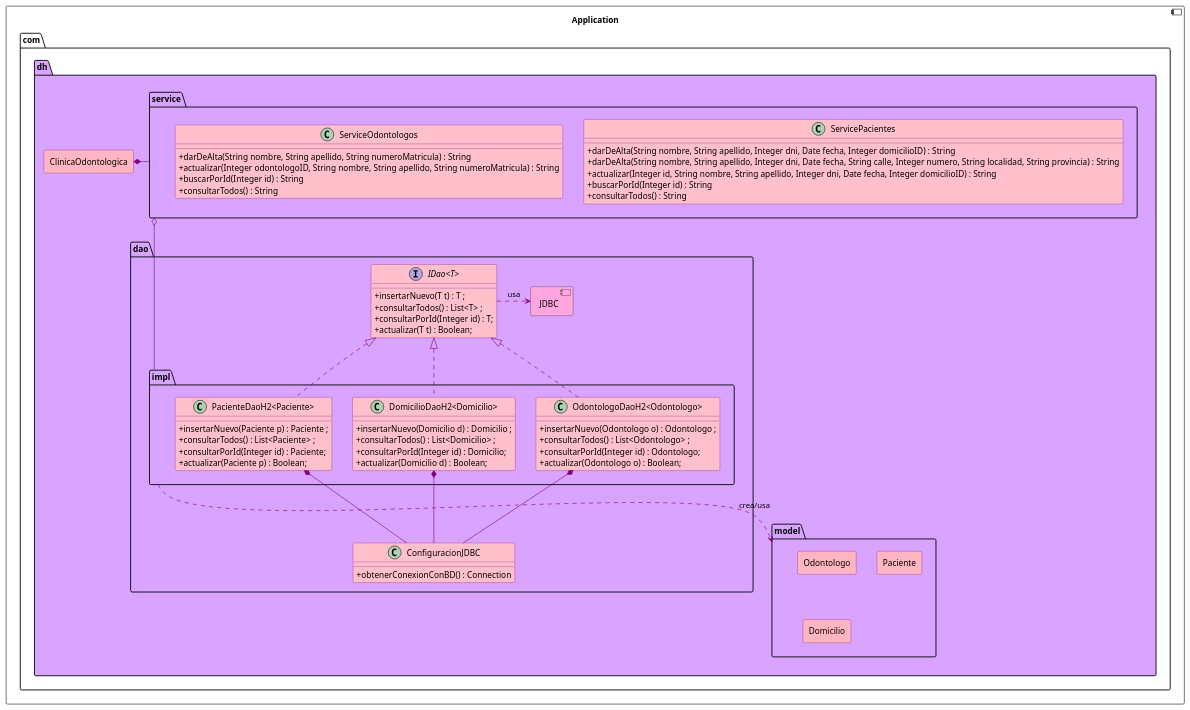
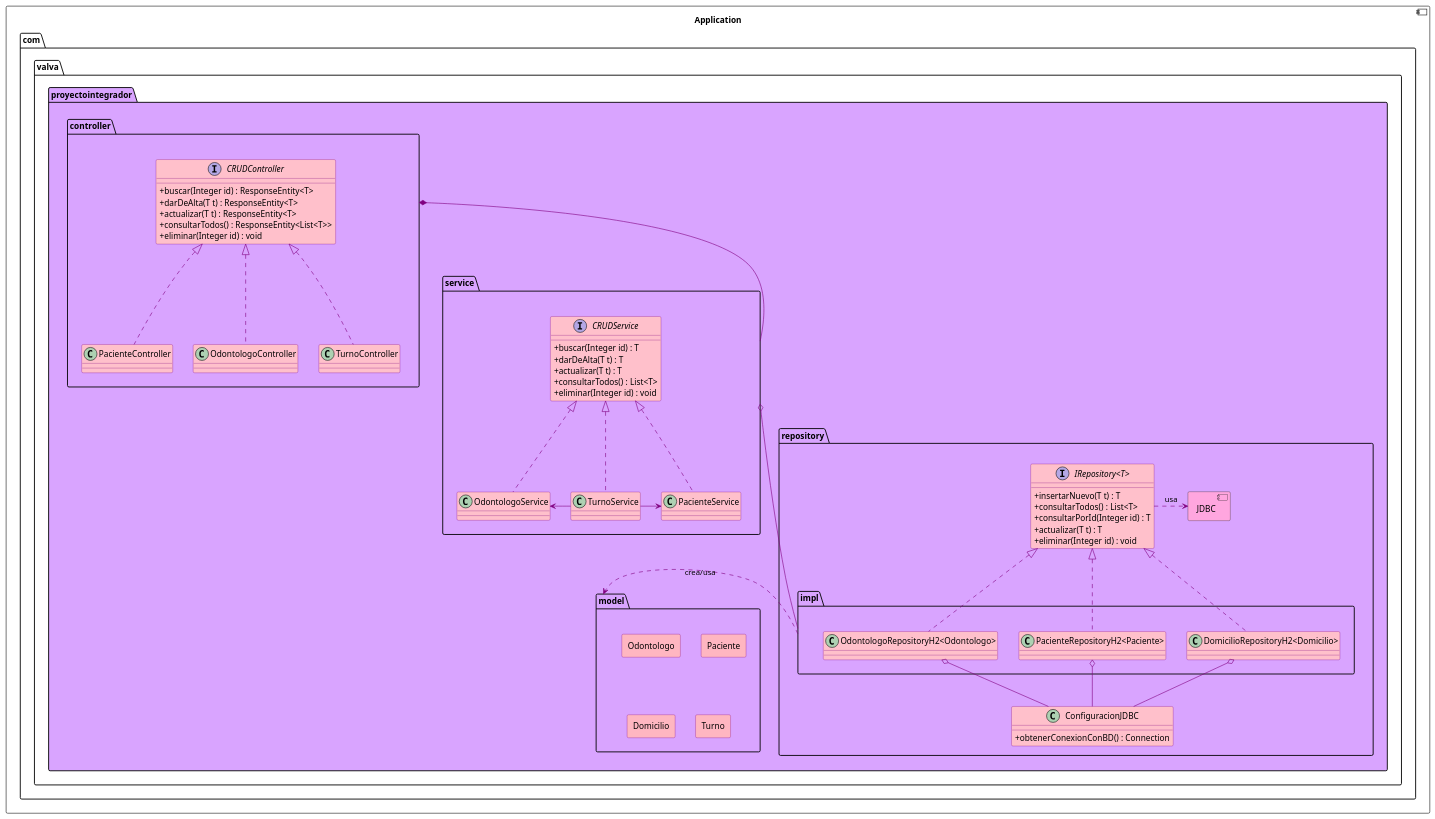
One commit to valva-ro/CTD-BE1-proyecto-integrador changed the diagram in diagrama-de-clase.puml. Above: the diagram before and after it, drawn with PlantUML. The commit also changed 2 other files, not shown here.

Commit message:
update class diagram

```diff
--- a/diagrama-de-clase.puml
+++ b/diagrama-de-clase.puml
@@ -1,106 +1,105 @@
 @startuml
 allowmixing
 
 skinparam database {
     BorderColor pink
     BackgroundColor purple
     ArrowColor purple
     FontColor pink
 }
 
 skinparam rectangle {
     BorderColor purple
     BackgroundColor lightpink
     ArrowColor purple
 }
 
 skinparam class {
     BorderColor purple
     BackgroundColor pink
     ArrowColor purple
     AttributeIconSize 0
 }
 
 skinparam note {
     BorderColor darkslateblue
     BackgroundColor #90c0f0
     FontColor darkslateblue
 }
 
 component Application {
-    package com.dh #d9a4ff {
+    package com.valva.proyectointegrador #d9a4ff {
 
-        package dao {
-            interface "IDao<T>"{
-                + insertarNuevo(T t) : T ;
-                + consultarTodos() : List<T> ;
-                + consultarPorId(Integer id) : T;
-                + actualizar(T t) : Boolean;
+        package repository {
+            interface "IRepository<T>"{
+                + insertarNuevo(T t) : T
+                + consultarTodos() : List<T>
+                + consultarPorId(Integer id) : T
+                + actualizar(T t) : T
+                + eliminar(Integer id) : void
             }
 
             package impl {
-                class "OdontologoDaoH2<Odontologo>" {
-                    + insertarNuevo(Odontologo o) : Odontologo ;
-                    + consultarTodos() : List<Odontologo> ;
-                    + consultarPorId(Integer id) : Odontologo;
-                    + actualizar(Odontologo o) : Boolean;
-                }
-
-                class "PacienteDaoH2<Paciente>" {
-                    + insertarNuevo(Paciente p) : Paciente ;
-                    + consultarTodos() : List<Paciente> ;
-                    + consultarPorId(Integer id) : Paciente;
-                    + actualizar(Paciente p) : Boolean;
-                }
-
-                class "DomicilioDaoH2<Domicilio>" {
-                    + insertarNuevo(Domicilio d) : Domicilio ;
-                    + consultarTodos() : List<Domicilio> ;
-                    + consultarPorId(Integer id) : Domicilio;
-                    + actualizar(Domicilio d) : Boolean;
-                }
+                class "OdontologoRepositoryH2<Odontologo>"
+                class "PacienteRepositoryH2<Paciente>"
+                class "DomicilioRepositoryH2<Domicilio>"
             }
 
             class ConfiguracionJDBC {
                 + obtenerConexionConBD() : Connection
             }
 
             component JDBC #ffa6df
         }
 
         package service {
-            class ServicePacientes {
-                + darDeAlta(String nombre, String apellido, Integer dni, Date fecha, Integer domicilioID) : String
-                + darDeAlta(String nombre, String apellido, Integer dni, Date fecha, String calle, Integer numero, String localidad, String provincia) : String
-                + actualizar(Integer id, String nombre, String apellido, Integer dni, Date fecha, Integer domicilioID) : String
-                + buscarPorId(Integer id) : String
-                + consultarTodos() : String
+
+            interface CRUDService {
+                + buscar(Integer id) : T
+                + darDeAlta(T t) : T
+                + actualizar(T t) : T
+                + consultarTodos() : List<T>
+                + eliminar(Integer id) : void
             }
-            class ServiceOdontologos {
-                + darDeAlta(String nombre, String apellido, String numeroMatricula) : String
-                + actualizar(Integer odontologoID, String nombre, String apellido, String numeroMatricula) : String
-                + buscarPorId(Integer id) : String
-                + consultarTodos() : String
-            }
+
+            class PacienteService implements CRUDService
+            class TurnoService implements CRUDService
+            class OdontologoService implements CRUDService
+            TurnoService -l> OdontologoService
+            TurnoService -r> PacienteService
         }
+
+        package controller {
+                    interface CRUDController {
+                        + buscar(Integer id) : ResponseEntity<T>
+                        + darDeAlta(T t) : ResponseEntity<T>
+                        + actualizar(T t) : ResponseEntity<T>
+                        + consultarTodos() : ResponseEntity<List<T>>
+                        + eliminar(Integer id) : void
+                    }
+                    class PacienteController implements CRUDController
+                    class OdontologoController  implements CRUDController
+                    class TurnoController implements CRUDController
+                }
 
         package model {
             rectangle Odontologo
             rectangle Paciente
             rectangle Domicilio
+            rectangle Turno
         }
-        impl ..> model : crea/usa
+
+        controller *-- service
+        impl .> model : crea/usa
         service o--- impl
-        "IDao<T>" <|.. "OdontologoDaoH2<Odontologo>"
-        "IDao<T>" <|.. "PacienteDaoH2<Paciente>"
-        "IDao<T>" <|.. "DomicilioDaoH2<Domicilio>"
-        "IDao<T>" .> JDBC : usa
-        "OdontologoDaoH2<Odontologo>" *-- ConfiguracionJDBC
-        "PacienteDaoH2<Paciente>" *-- ConfiguracionJDBC
-        "DomicilioDaoH2<Domicilio>" *-- ConfiguracionJDBC
-        rectangle ClinicaOdontologica
-        ClinicaOdontologica *- service
+        "IRepository<T>" <|.. "OdontologoRepositoryH2<Odontologo>"
+        "IRepository<T>" <|.. "PacienteRepositoryH2<Paciente>"
+        "IRepository<T>" <|.. "DomicilioRepositoryH2<Domicilio>"
+        "IRepository<T>" .> JDBC : usa
+        "OdontologoRepositoryH2<Odontologo>" o-- ConfiguracionJDBC
+        "PacienteRepositoryH2<Paciente>" o-- ConfiguracionJDBC
+        "DomicilioRepositoryH2<Domicilio>" o-- ConfiguracionJDBC
     }
 
 }
 @enduml
```
